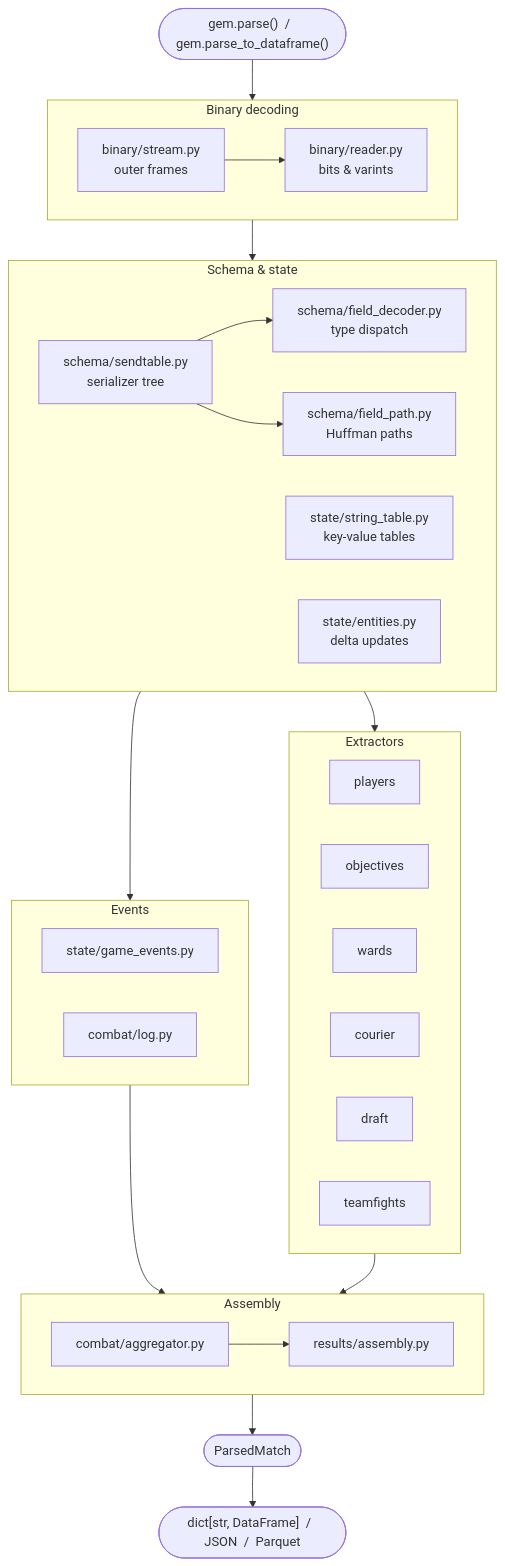
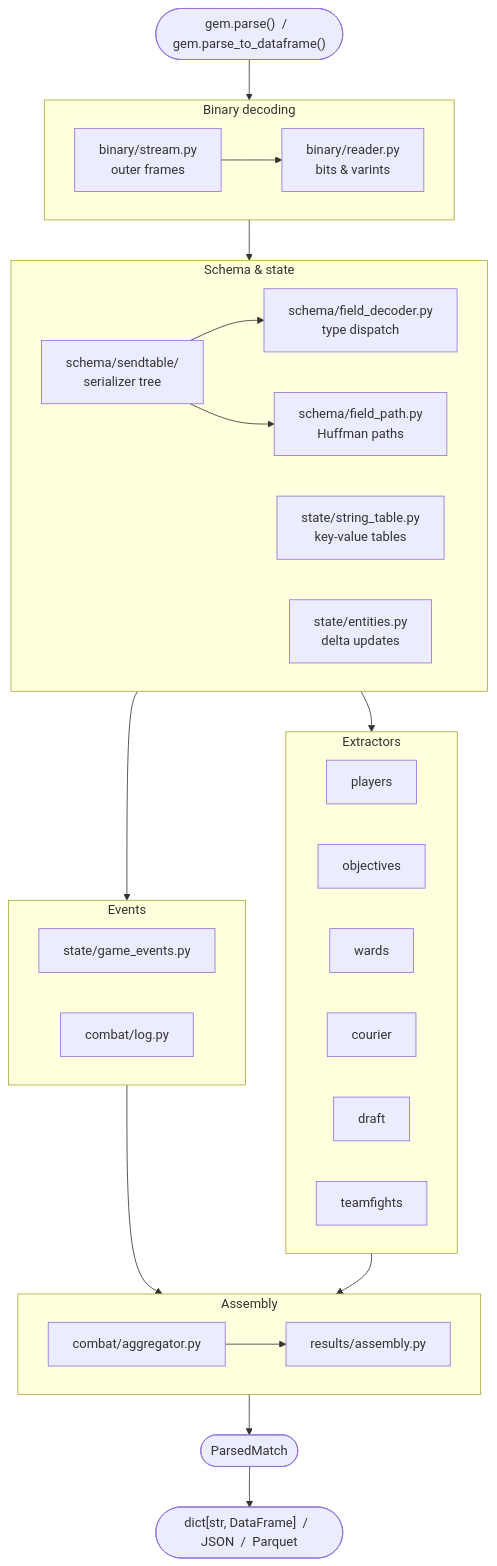
Before and after one commit to whanyu1212/gem-dota: the diagram in docs/architecture.md, drawn with Mermaid. The commit also changed other lines of this file and 15 other files, not shown here.

Commit message:
Refactor sendtable into schema subpackage

````diff
--- a/docs/architecture.md
+++ b/docs/architecture.md
@@ -10,49 +10,49 @@
 ```mermaid
 flowchart TD
     A(["gem.parse()  /  gem.parse_to_dataframe()"])
 
     subgraph BINARY ["Binary decoding"]
         direction LR
         B["binary/stream.py\nouter frames"] --> C["binary/reader.py\nbits & varints"]
     end
 
     subgraph SCHEMA ["Schema & state"]
         direction LR
-        D["schema/sendtable.py\nserializer tree"] --> E["schema/field_decoder.py\ntype dispatch"]
+        D["schema/sendtable/\nserializer tree"] --> E["schema/field_decoder.py\ntype dispatch"]
         D --> F["schema/field_path.py\nHuffman paths"]
         G["state/string_table.py\nkey-value tables"]
         H["state/entities.py\ndelta updates"]
     end
 
     subgraph EVENTS ["Events"]
         direction LR
         I["state/game_events.py"]
         J["combat/log.py"]
     end
 
     subgraph EXTRACT ["Extractors"]
         direction LR
         X1["players"]
         X2["objectives"]
         X3["wards"]
         X4["courier"]
         X5["draft"]
         X6["teamfights"]
     end
 
     subgraph ASSEMBLE ["Assembly"]
         K["combat/aggregator.py"] --> L["results/assembly.py"]
     end
 
     O(["ParsedMatch"])
     P(["dict[str, DataFrame]  /  JSON  /  Parquet"])
 
     A --> BINARY
     BINARY --> SCHEMA
     SCHEMA --> EVENTS
     SCHEMA --> EXTRACT
     EVENTS --> ASSEMBLE
     EXTRACT --> ASSEMBLE
     ASSEMBLE --> O
     O --> P
 ```
````
